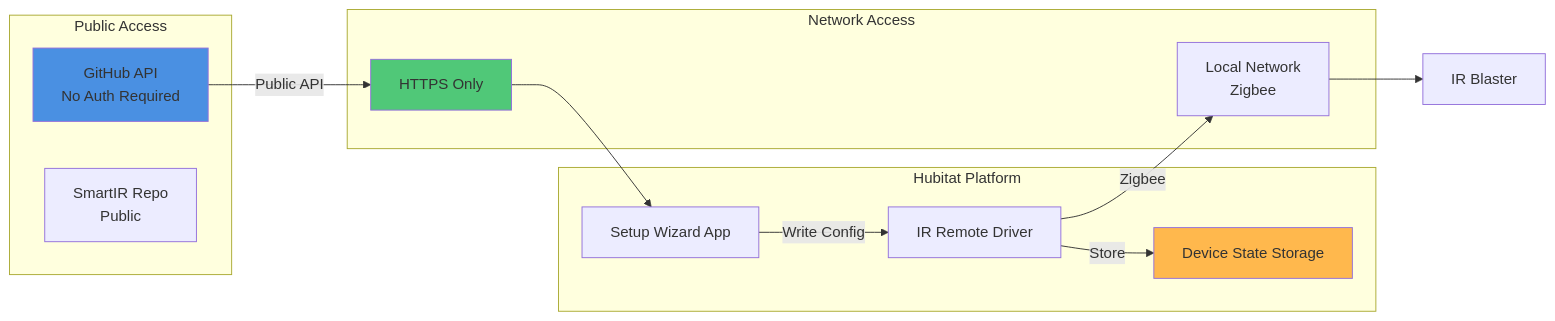
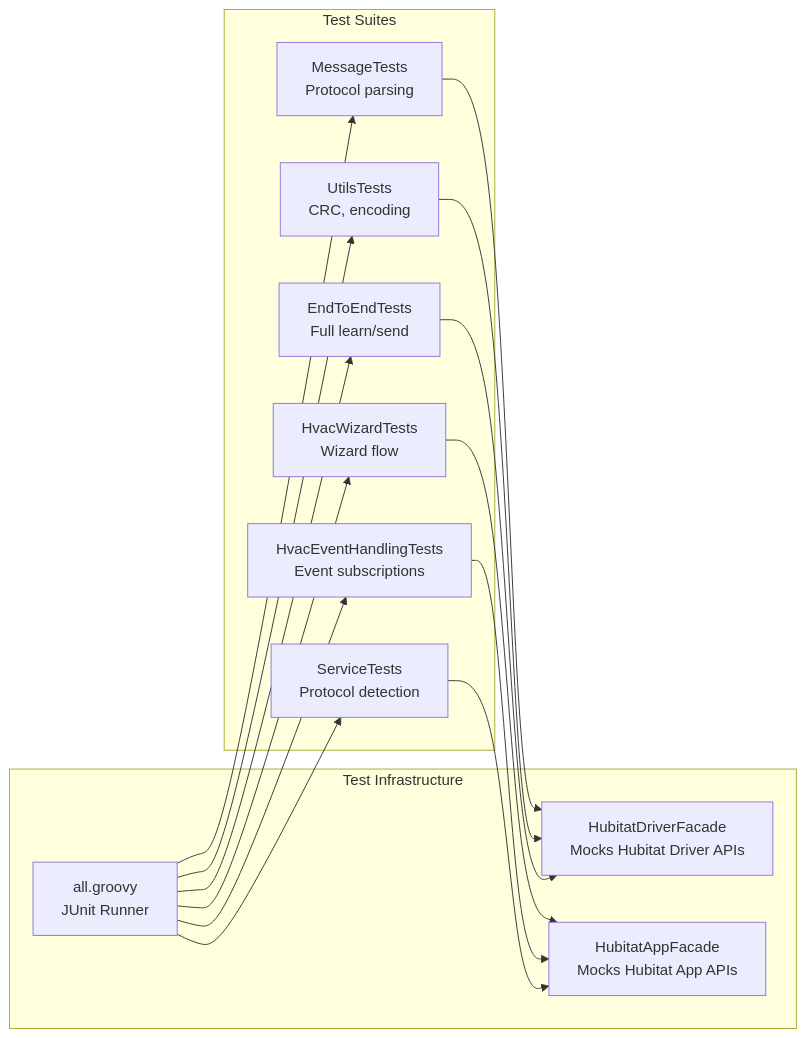
The eighth of 8 diagrams in ARCHITECTURE.md (lastmyle/hubitat-tuya-zigbee-ir), drawn with Mermaid before and after one commit. The commit also changed other lines of this file and 2 other files, not shown here.

First line of the commit message:
docs: rewrite README, ARCHITECTURE, and SECURITY documentation

````diff
--- a/ARCHITECTURE.md
+++ b/ARCHITECTURE.md
@@ -523,29 +275,31 @@
 ```mermaid
-flowchart LR
-    subgraph "Public Access"
-        GITHUB[GitHub API<br/>No Auth Required]
-        SMARTIR[SmartIR Repo<br/>Public]
+graph LR
+    subgraph "Test Infrastructure"
+        RUNNER[all.groovy<br/>JUnit Runner]
+        DFACADE[HubitatDriverFacade<br/>Mocks Hubitat Driver APIs]
+        AFACADE[HubitatAppFacade<br/>Mocks Hubitat App APIs]
     end
 
-    subgraph "Hubitat Platform"
-        APP[Setup Wizard App]
-        DRIVER[IR Remote Driver]
-        STATE[Device State Storage]
+    subgraph "Test Suites"
+        MSG[MessageTests<br/>Protocol parsing]
+        UTIL[UtilsTests<br/>CRC, encoding]
+        E2E[EndToEndTests<br/>Full learn/send]
+        HVAC[HvacWizardTests<br/>Wizard flow]
+        EVT[HvacEventHandlingTests<br/>Event subscriptions]
+        SVC[ServiceTests<br/>Protocol detection]
     end
 
-    subgraph "Network Access"
-        HTTPS[HTTPS Only]
-        LOCAL[Local Network<br/>Zigbee]
-    end
+    RUNNER --> MSG
+    RUNNER --> UTIL
+    RUNNER --> E2E
+    RUNNER --> HVAC
+    RUNNER --> EVT
+    RUNNER --> SVC
 
-    GITHUB -->|Public API| HTTPS
-    HTTPS --> APP
-    APP -->|Write Config| DRIVER
-    DRIVER -->|Store| STATE
-    DRIVER -->|Zigbee| LOCAL
-    LOCAL --> IRBLASTER[IR Blaster]
-
-    style GITHUB fill:#4A90E2
-    style STATE fill:#FFB84D
-    style HTTPS fill:#50C878
+    MSG --> DFACADE
+    UTIL --> DFACADE
+    E2E --> DFACADE
+    HVAC --> AFACADE
+    EVT --> AFACADE
+    SVC --> AFACADE
 ```
````
